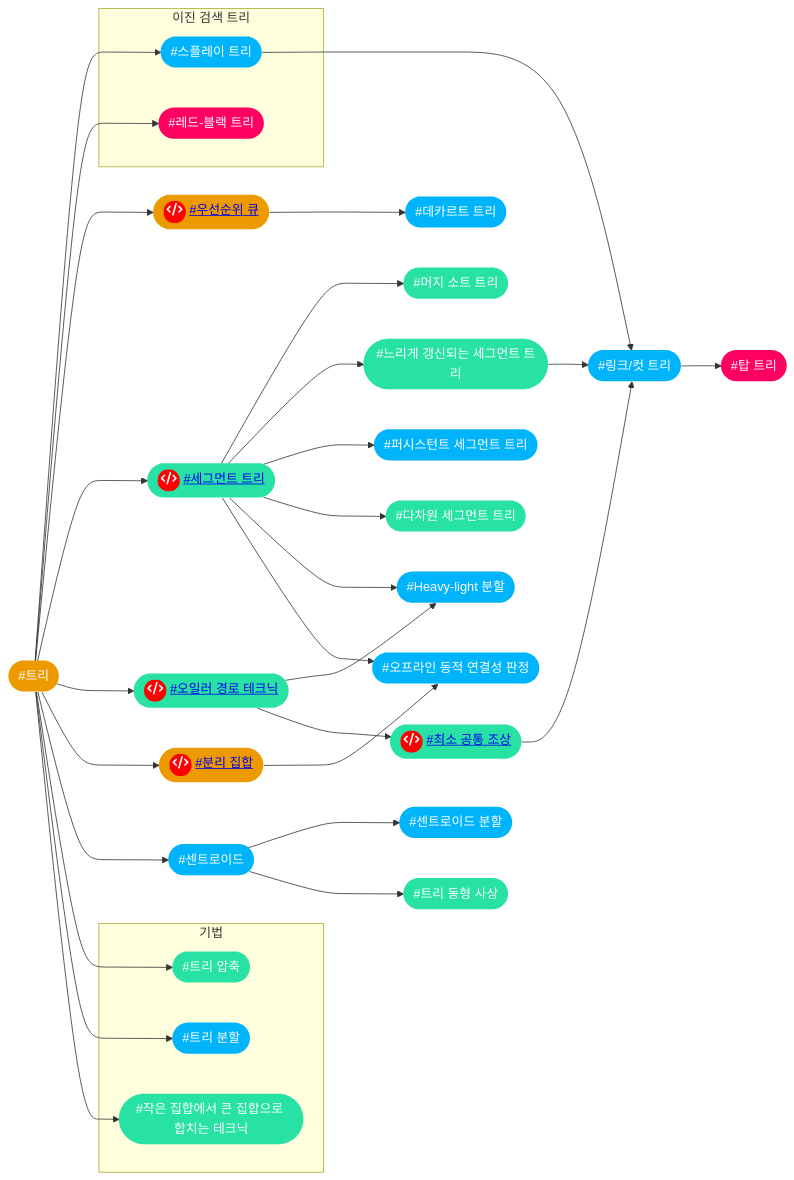
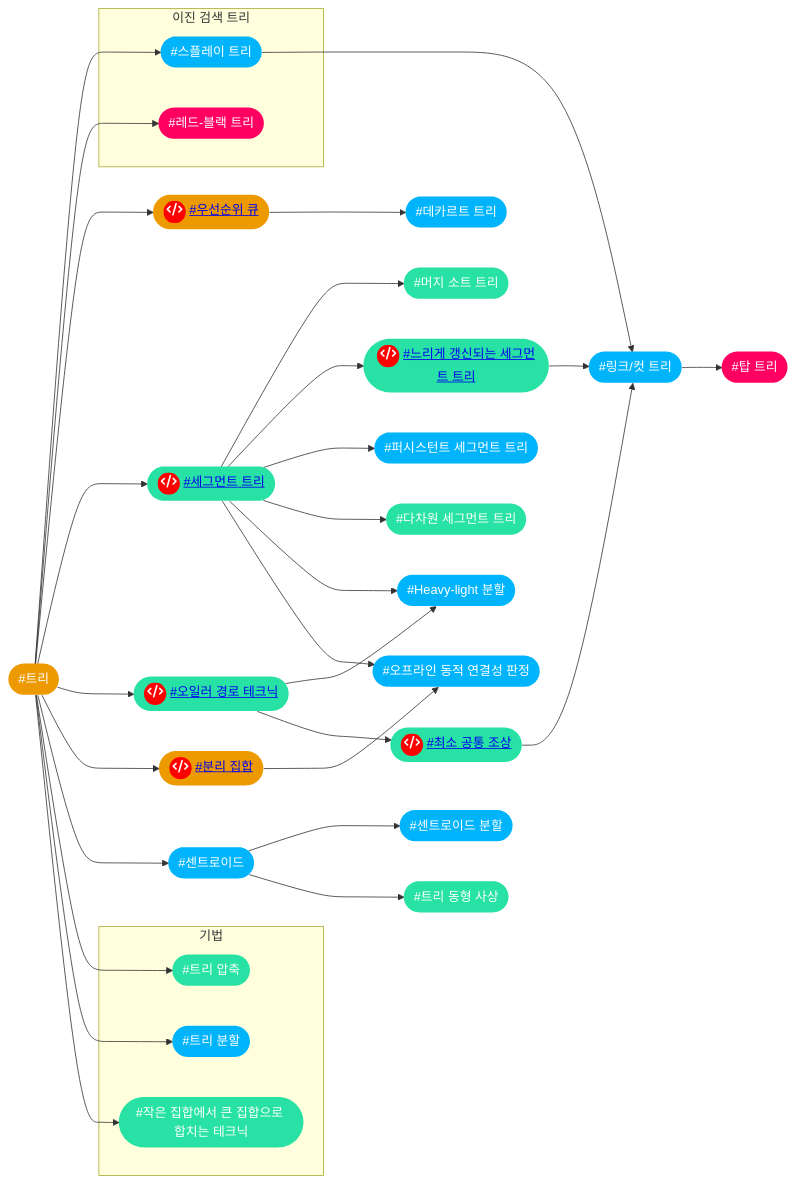
One commit to CHOYUNSIG/algorithm_with_boj changed the sixth of 17 diagrams in index.md. Above: the diagram before and after it, drawn with Mermaid. The commit also changed 1 other file, not shown here.

Commit message:
포스트 업데이트

```diff
--- a/index.md
+++ b/index.md
@@ -217,72 +217,72 @@
 <pre class="mermaid">
     graph LR
 
     #trees --> #splay_tree
     #trees --> #rb_tree
     #trees --> #priority_queue
     #trees --> #segtree
     #trees --> #euler_tour_technique
     #trees --> #disjoint_set
     #trees --> #centroid
     #trees --> #tree_compression
     #trees --> #tree_decomposition
     #trees --> #smaller_to_larger
     #priority_queue --> #cartesian_tree
     #lca --> #link_cut_tree
     #centroid --> #centroid_decomposition
     #centroid --> #tree_isomorphism
     #splay_tree --> #link_cut_tree
     #link_cut_tree --> #top_tree
     #segtree --> #merge_sort_tree
     #segtree --> #lazyprop
     #segtree --> #pst
     #segtree --> #multi_segtree
     #segtree --> #hld
     #segtree --> #offline_dynamic_connectivity
     #euler_tour_technique --> #hld
     #euler_tour_technique --> #lca
     #lazyprop --> #link_cut_tree
     #disjoint_set --> #offline_dynamic_connectivity
 
     subgraph 이진 검색 트리
         #splay_tree
         #rb_tree
     end
 
     subgraph 기법
         #tree_compression
         #tree_decomposition
         #smaller_to_larger
     end
 
     #hld(["#Heavy-light 분할"]):::tier4
-    #lazyprop(["#느리게 갱신되는 세그먼트 트리"]):::tier3
+    #lazyprop(["<span style="background-color: red; border-radius: 50%; display:inline-block; width:28px; height:28px">fa:fa-code</span> <a href="post/2024/01/29/lazyprop.html">#느리게 갱신되는 세그먼트 트리</a>"]):::tier3
     #multi_segtree(["#다차원 세그먼트 트리"]):::tier3
     #cartesian_tree(["#데카르트 트리"]):::tier4
     #rb_tree(["#레드-블랙 트리"]):::tier5
     #link_cut_tree(["#링크/컷 트리"]):::tier4
     #merge_sort_tree(["#머지 소트 트리"]):::tier3
     #disjoint_set(["<span style="background-color: red; border-radius: 50%; display:inline-block; width:28px; height:28px">fa:fa-code</span> <a href="post/2024/01/13/disjoint_set.html">#분리 집합</a>"]):::tier2
     #segtree(["<span style="background-color: red; border-radius: 50%; display:inline-block; width:28px; height:28px">fa:fa-code</span> <a href="post/2024/01/11/segtree.html">#세그먼트 트리</a>"]):::tier3
     #centroid(["#센트로이드"]):::tier4
     #centroid_decomposition(["#센트로이드 분할"]):::tier4
     #splay_tree(["#스플레이 트리"]):::tier4
     #euler_tour_technique(["<span style="background-color: red; border-radius: 50%; display:inline-block; width:28px; height:28px">fa:fa-code</span> <a href="post/2024/01/18/euler_tour_technique.html">#오일러 경로 테크닉</a>"]):::tier3
     #offline_dynamic_connectivity(["#오프라인 동적 연결성 판정"]):::tier4
     #priority_queue(["<span style="background-color: red; border-radius: 50%; display:inline-block; width:28px; height:28px">fa:fa-code</span> <a href="post/2024/01/15/priority_queue.html">#우선순위 큐</a>"]):::tier2
     #smaller_to_larger(["#작은 집합에서 큰 집합으로 합치는 테크닉"]):::tier3
     #lca(["<span style="background-color: red; border-radius: 50%; display:inline-block; width:28px; height:28px">fa:fa-code</span> <a href="post/2024/01/20/lca.html">#최소 공통 조상</a>"]):::tier3
     #top_tree(["#탑 트리"]):::tier5
     #trees(["#트리"]):::tier2
     #tree_isomorphism(["#트리 동형 사상"]):::tier3
     #tree_decomposition(["#트리 분할"]):::tier4
     #tree_compression(["#트리 압축"]):::tier3
     #pst(["#퍼시스턴트 세그먼트 트리"]):::tier4
 
     classDef tier0 fill:#ad5600, color:#fff, stroke:#0000
     classDef tier1 fill:#435f7a, color:#fff, stroke:#0000
     classDef tier2 fill:#ec9a00, color:#fff, stroke:#0000
     classDef tier3 fill:#27e2a4, color:#fff, stroke:#0000
     classDef tier4 fill:#00b4fc, color:#fff, stroke:#0000
     classDef tier5 fill:#ff0062, color:#fff, stroke:#0000
 </pre>
```
